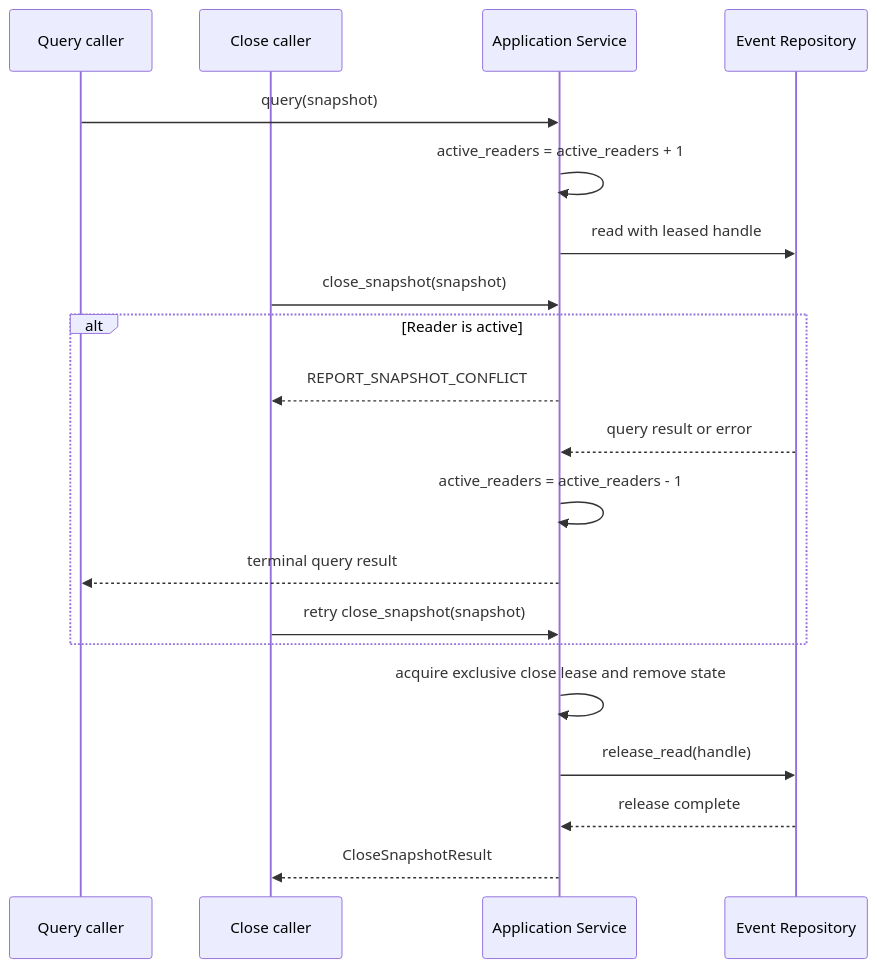
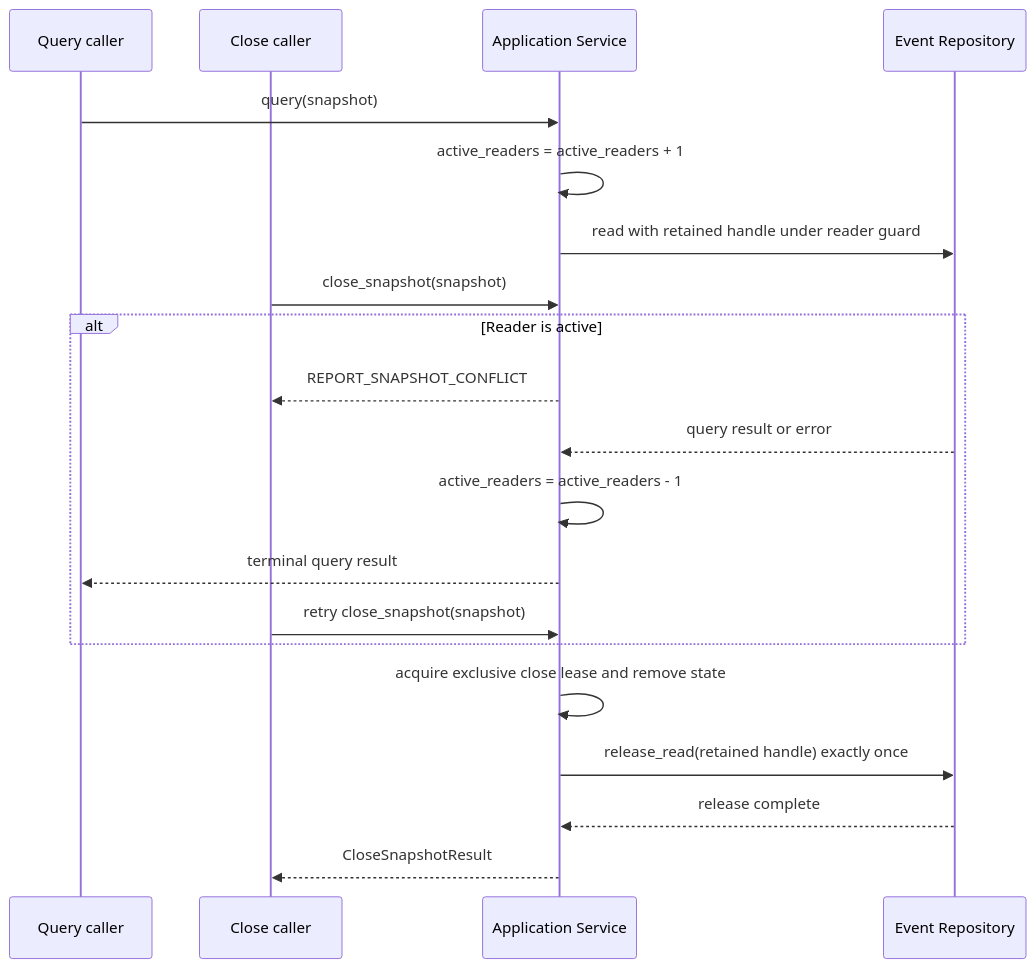
The third of 5 diagrams in docs/design/components/CD-002-agent-report-application-service.md (martinbechard/agent-runner), drawn with Mermaid before and after one commit. The commit also changed other lines of this file and 1 other file, not shown here.

Commit message:
docs(report): correct heatmap handle lifetime

````diff
--- a/docs/design/components/CD-002-agent-report-application-service.md
+++ b/docs/design/components/CD-002-agent-report-application-service.md
@@ -1492,22 +1500,22 @@
 ```mermaid
 sequenceDiagram
   participant Reader as Query caller
   participant Closer as Close caller
   participant Service as Application Service
   participant Repo as Event Repository
   Reader->>Service: query(snapshot)
   Service->>Service: active_readers = active_readers + 1
-  Service->>Repo: read with leased handle
+  Service->>Repo: read with retained handle under reader guard
   Closer->>Service: close_snapshot(snapshot)
   alt Reader is active
     Service-->>Closer: REPORT_SNAPSHOT_CONFLICT
     Repo-->>Service: query result or error
     Service->>Service: active_readers = active_readers - 1
     Service-->>Reader: terminal query result
     Closer->>Service: retry close_snapshot(snapshot)
   end
   Service->>Service: acquire exclusive close lease and remove state
-  Service->>Repo: release_read(handle)
+  Service->>Repo: release_read(retained handle) exactly once
   Repo-->>Service: release complete
   Service-->>Closer: CloseSnapshotResult
 ```
````
